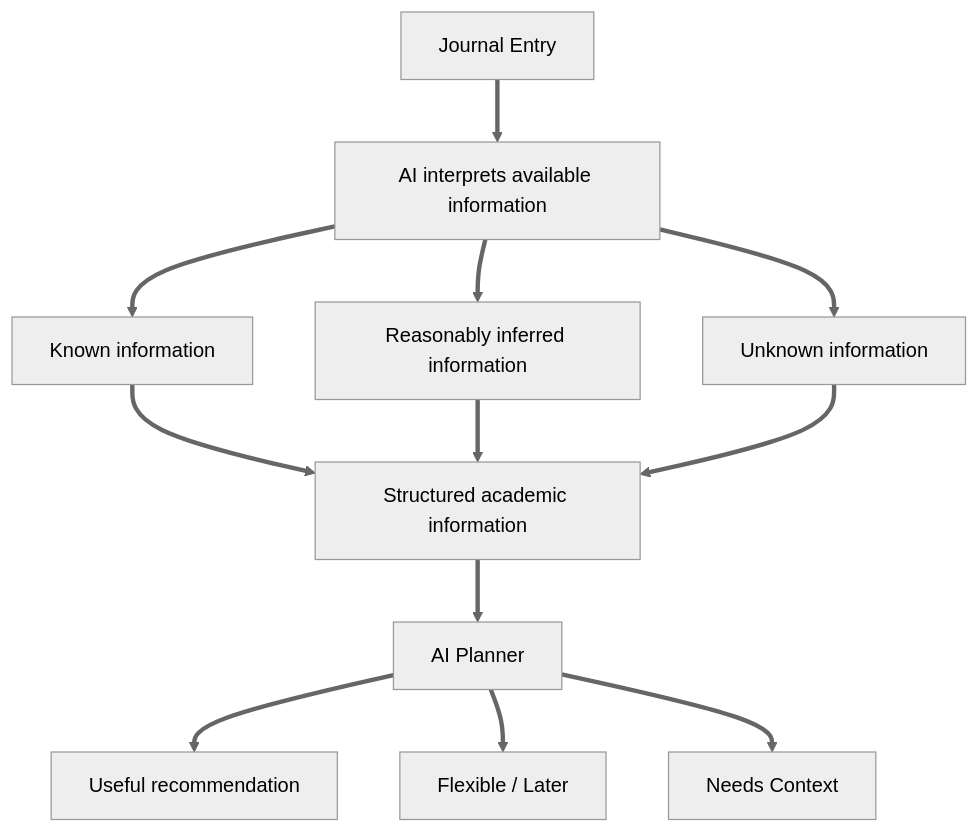
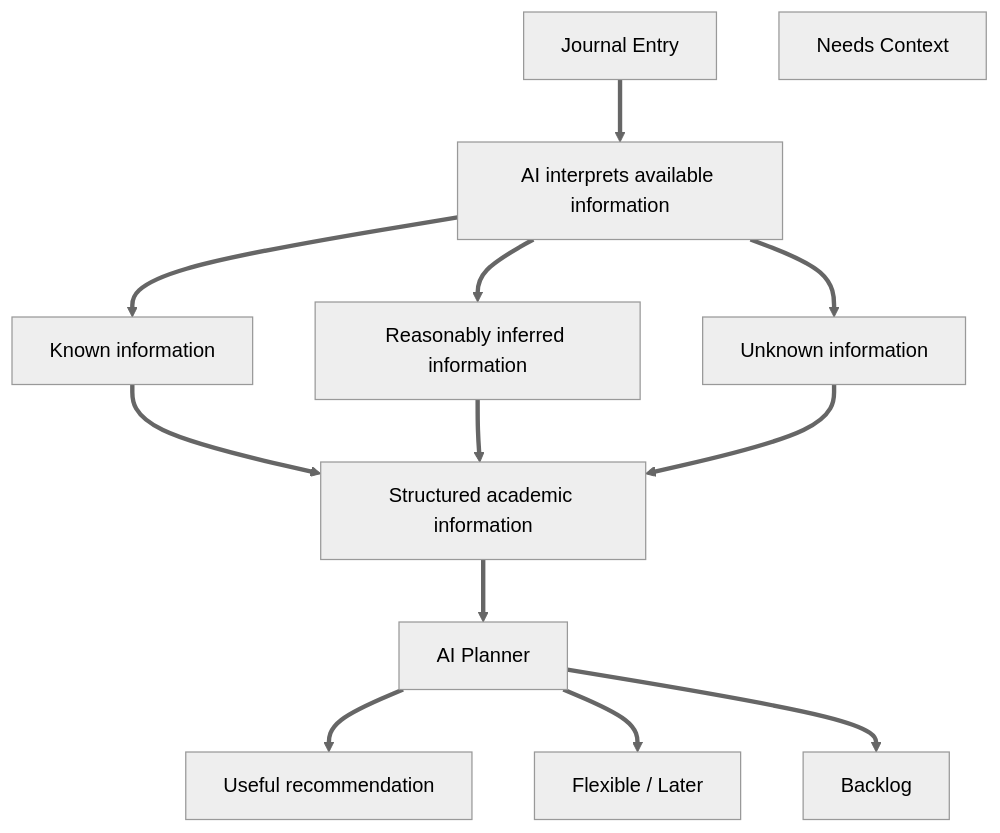
Before and after one commit to Peezzied/nyare: the seventh of 9 diagrams in docs/system-workflows.md, drawn with Mermaid (neutral theme). The commit also changed other lines of this file and 11 other files, not shown here.

````diff
--- a/docs/system-workflows.md
+++ b/docs/system-workflows.md
@@ -222,27 +222,27 @@
 ```mermaid
 flowchart TD
     Journal[Journal Entry]
     AI[AI interprets available information]
     Known[Known information]
     Inferred[Reasonably inferred information]
     Unknown[Unknown information]
     AcademicInfo[Structured academic information]
     Planner[AI Planner]
     Useful[Useful recommendation]
     Flexible[Flexible / Later]
     NeedsContext[Needs Context]
 
     Journal ==> AI
     AI ==> Known
     AI ==> Inferred
     AI ==> Unknown
 
     Known ==> AcademicInfo
     Inferred ==> AcademicInfo
     Unknown ==> AcademicInfo
 
     AcademicInfo ==> Planner
     Planner ==> Useful
     Planner ==> Flexible
-    Planner ==> NeedsContext
+    Planner ==> Backlog
 ```
````
